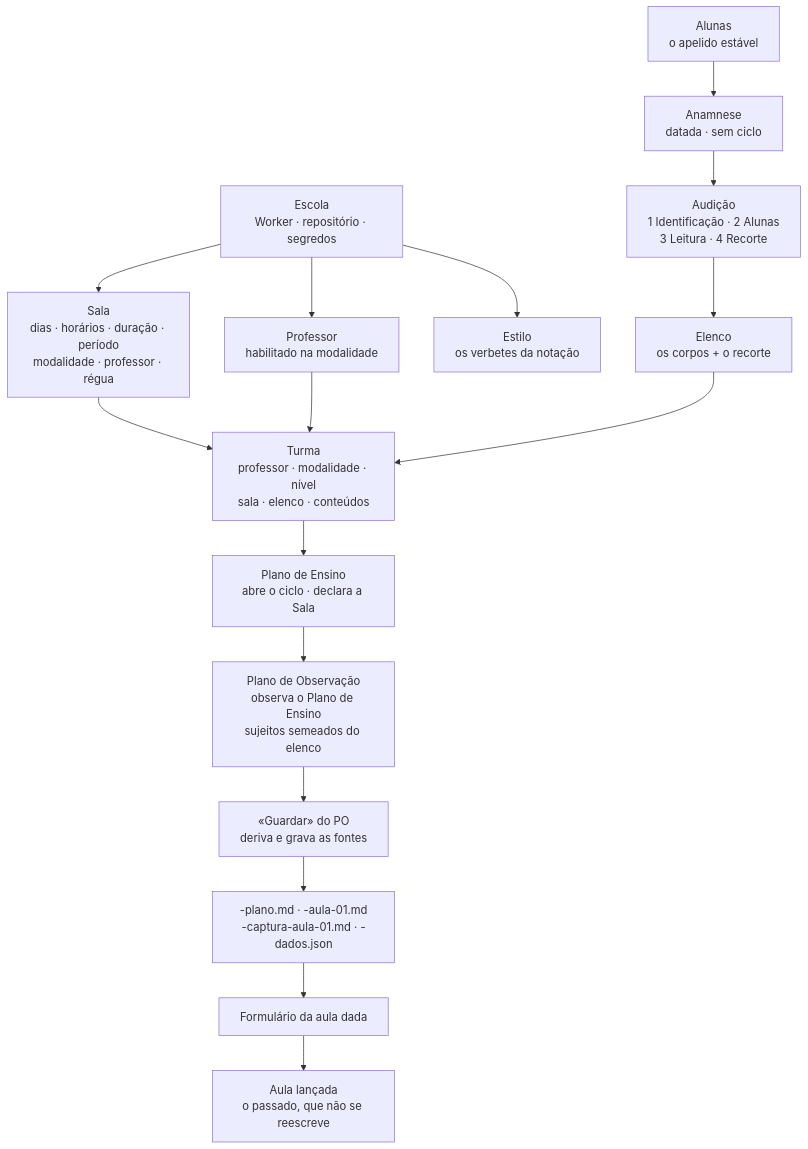
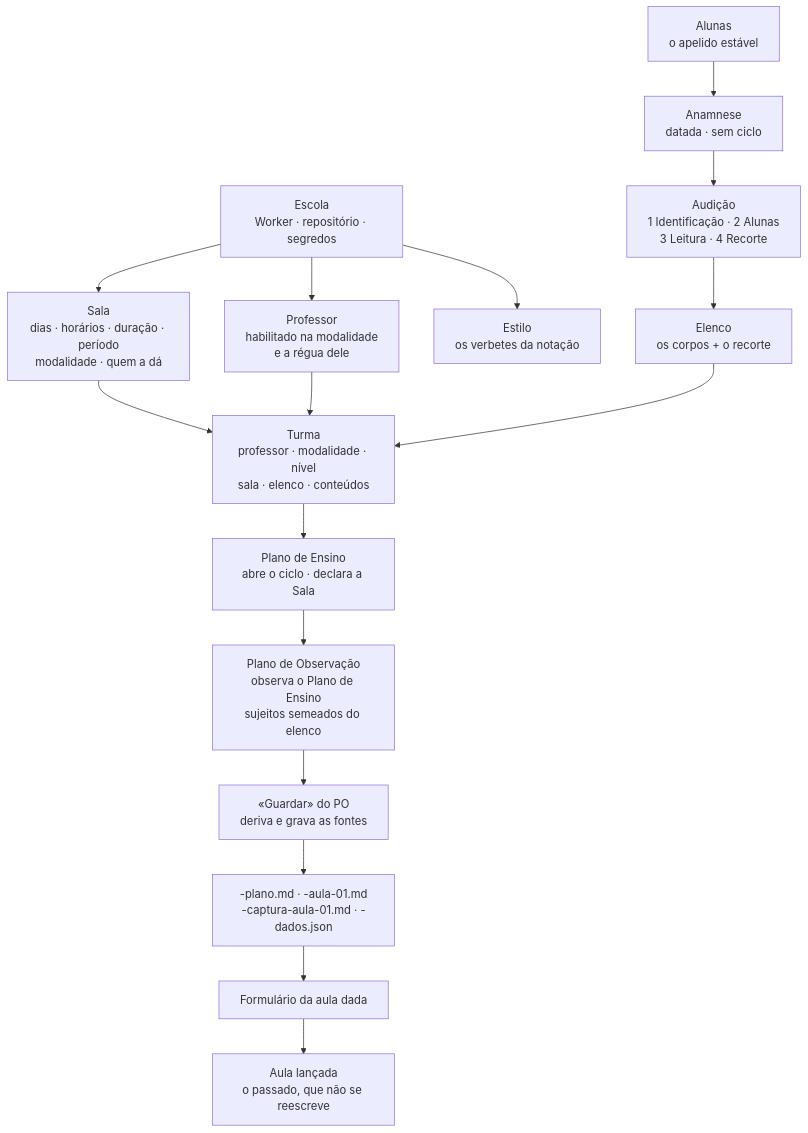
Before and after one commit to tmenegaz/danca: the second of 2 diagrams in ARQUITETURA-GERAL.md, drawn with Mermaid. The commit also changed other lines of this file and 6 other files, not shown here.

````diff
--- a/ARQUITETURA-GERAL.md
+++ b/ARQUITETURA-GERAL.md
@@ -440,18 +466,18 @@
 ```mermaid
 flowchart TB
-    E["Escola<br/>Worker · repositório · segredos"] --> S["Sala<br/>dias · horários · duração · período<br/>modalidade · professor · régua"]
-    E --> P["Professor<br/>habilitado na modalidade"]
+    E["Escola<br/>Worker · repositório · segredos"] --> S["Sala<br/>dias · horários · duração · período<br/>modalidade · quem a dá"]
+    E --> P["Professor<br/>habilitado na modalidade<br/>e a régua dele"]
     E --> ST["Estilo<br/>os verbetes da notação"]
     A["Alunas<br/>o apelido estável"] --> AN["Anamnese<br/>datada · sem ciclo"]
     AN --> AUD["Audição<br/>1 Identificação · 2 Alunas<br/>3 Leitura · 4 Recorte"]
     AUD --> EL["Elenco<br/>os corpos + o recorte"]
     S --> T["Turma<br/>professor · modalidade · nível<br/>sala · elenco · conteúdos"]
     P --> T
     EL --> T
     T --> PE["Plano de Ensino<br/>abre o ciclo · declara a Sala"]
     PE --> PO["Plano de Observação<br/>observa o Plano de Ensino<br/>sujeitos semeados do elenco"]
     PO --> G["«Guardar» do PO<br/>deriva e grava as fontes"]
     G --> D["-plano.md · -aula-01.md<br/>-captura-aula-01.md · -dados.json"]
     D --> F["Formulário da aula dada"]
     F --> AD["Aula lançada<br/>o passado, que não se reescreve"]
 ```
````
